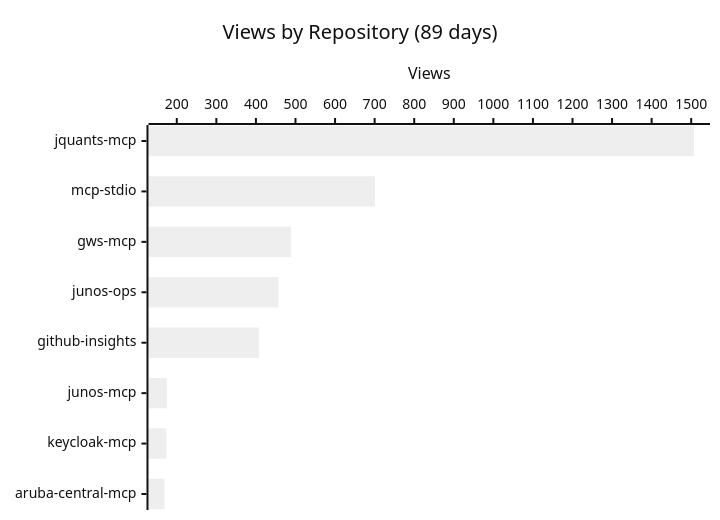
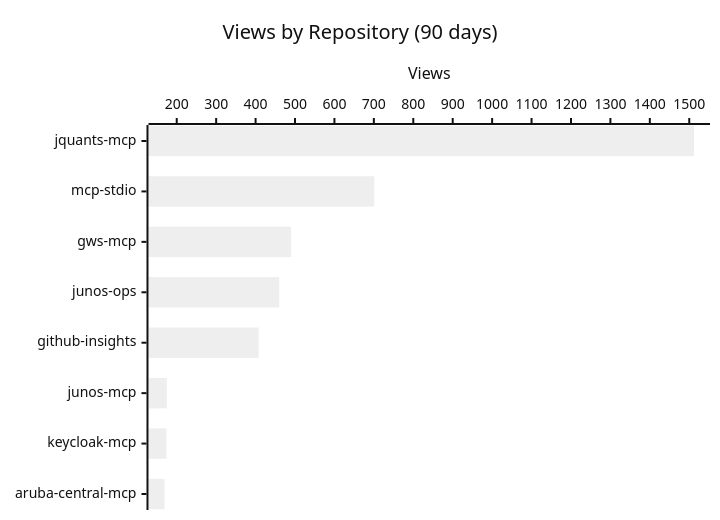
The first of 3 diagrams in README.md (shigechika/github-insights), drawn with Mermaid (neutral theme) before and after one commit. The commit also changed other lines of this file and 2 other files, not shown here.

````diff
--- a/README.md
+++ b/README.md
@@ -18,7 +18,7 @@
 ```mermaid
 xychart-beta horizontal
-    title "Views by Repository (89 days)"
+    title "Views by Repository (90 days)"
     x-axis ["jquants-mcp", "mcp-stdio", "gws-mcp", "junos-ops", "github-insights", "junos-mcp", "keycloak-mcp", "aruba-central-mcp"]
     y-axis "Views"
-    bar [1507, 701, 489, 457, 408, 175, 174, 169]
+    bar [1512, 701, 490, 460, 408, 175, 174, 169]
 ```
````
